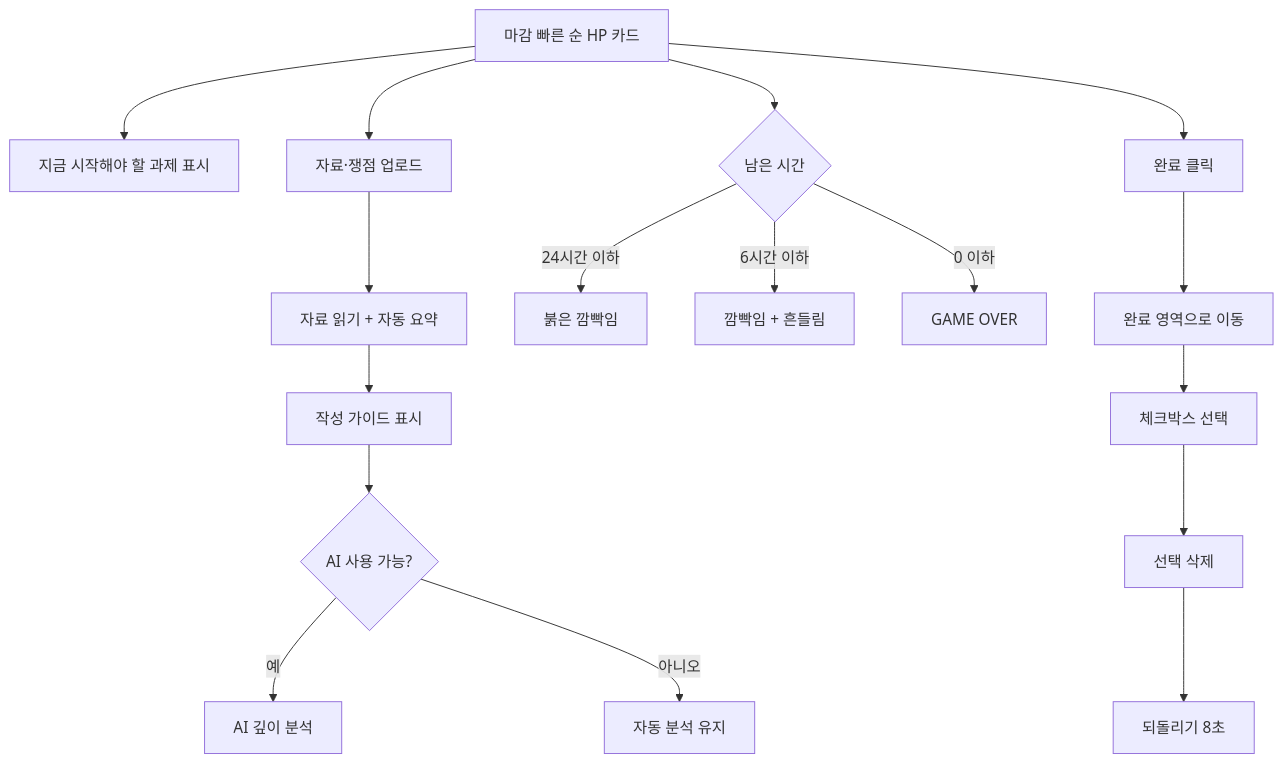
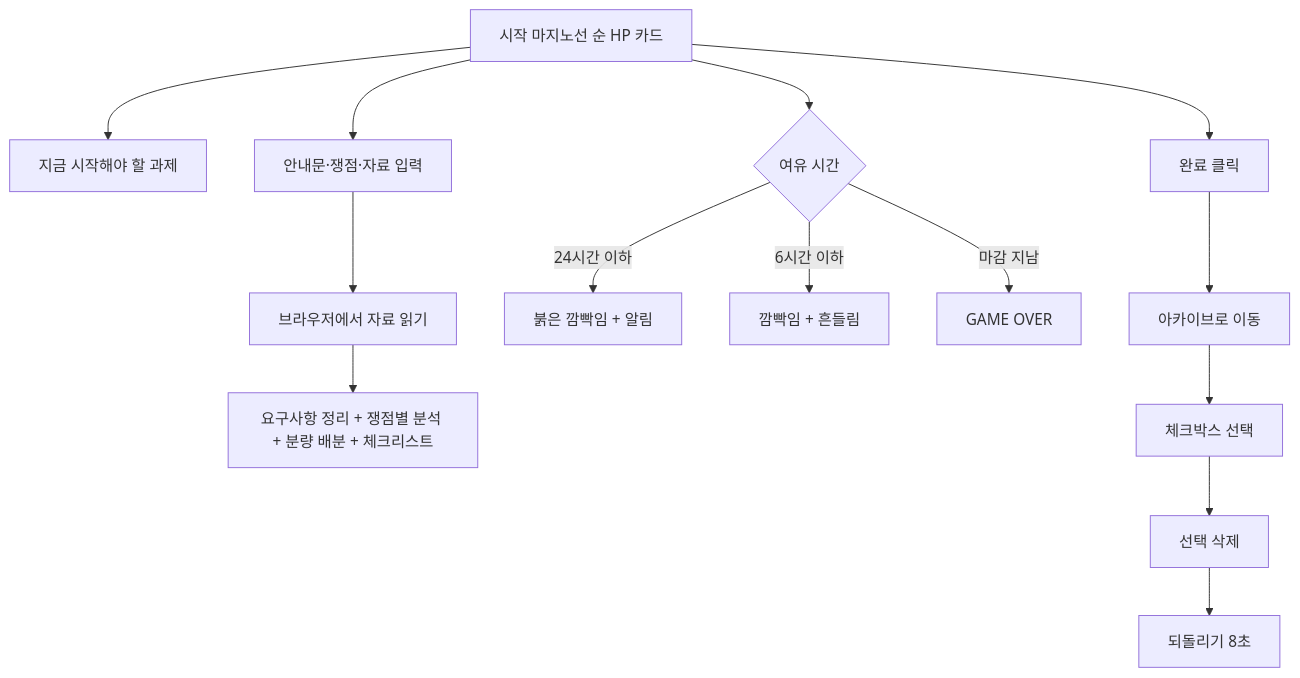
Before and after one commit to ysih075h-st/sh: the second of 2 diagrams in docs/PRD.md, drawn with Mermaid. The commit also changed other lines of this file and 35 other files, not shown here.

````diff
--- a/docs/PRD.md
+++ b/docs/PRD.md
@@ -88,19 +86,13 @@
 ```mermaid
 flowchart TD
-    D[마감 빠른 순 HP 카드] --> W[지금 시작해야 할 과제 표시]
-    D --> K[자료·쟁점 업로드]
-    K --> K2[자료 읽기 + 자동 요약]
-    K2 --> L[작성 가이드 표시]
-    L --> AI{AI 사용 가능?}
-    AI -- 예 --> L2[AI 깊이 분석]
-    AI -- 아니오 --> L3[자동 분석 유지]
-    D --> M{남은 시간}
-    M -- 24시간 이하 --> N[붉은 깜빡임]
+    D[시작 마지노선 순 HP 카드] --> W[지금 시작해야 할 과제]
+    D --> K[안내문·쟁점·자료 입력]
+    K --> K2[브라우저에서 자료 읽기]
+    K2 --> L[요구사항 정리 + 쟁점별 분석 + 분량 배분 + 체크리스트]
+    D --> M{여유 시간}
+    M -- 24시간 이하 --> N[붉은 깜빡임 + 알림]
     M -- 6시간 이하 --> O[깜빡임 + 흔들림]
-    M -- 0 이하 --> P[GAME OVER]
-    D --> Q[완료 클릭]
-    Q --> R[완료 영역으로 이동]
-    R --> S[체크박스 선택]
-    S --> T[선택 삭제]
-    T --> V[되돌리기 8초]
+    M -- 마감 지남 --> P[GAME OVER]
+    D --> Q[완료 클릭] --> R[아카이브로 이동]
+    R --> S[체크박스 선택] --> T[선택 삭제] --> V[되돌리기 8초]
 ```
````
